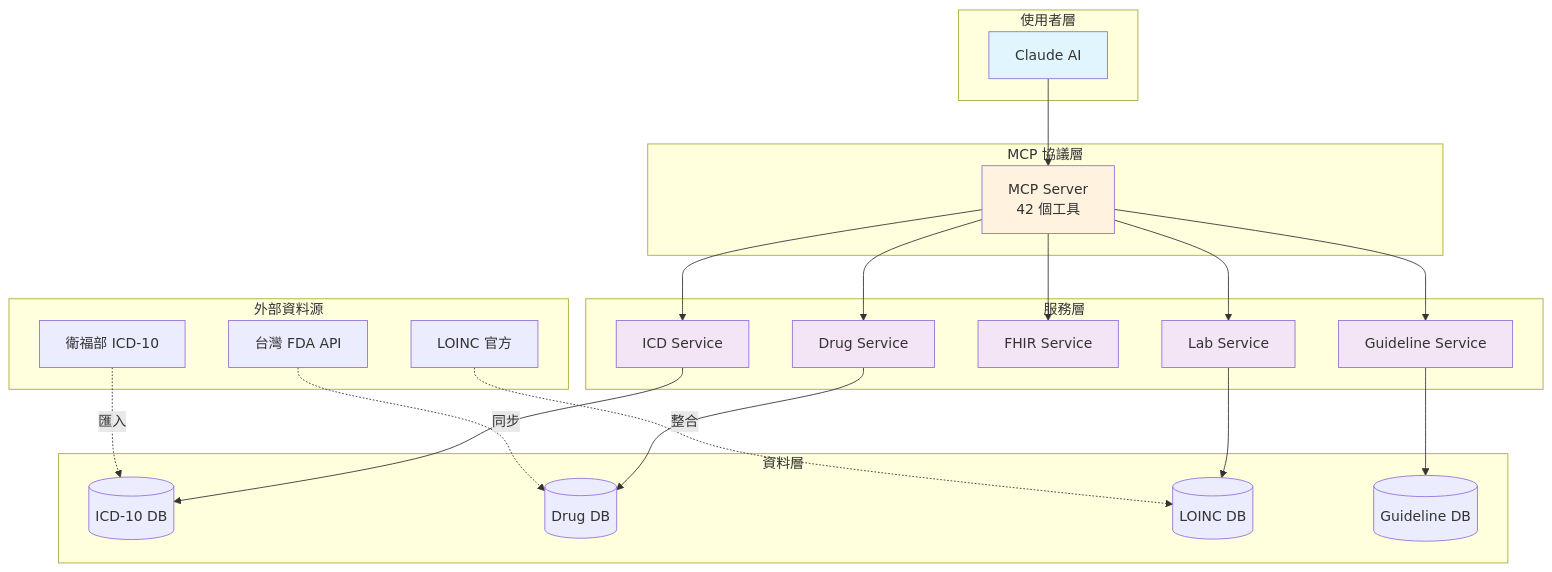
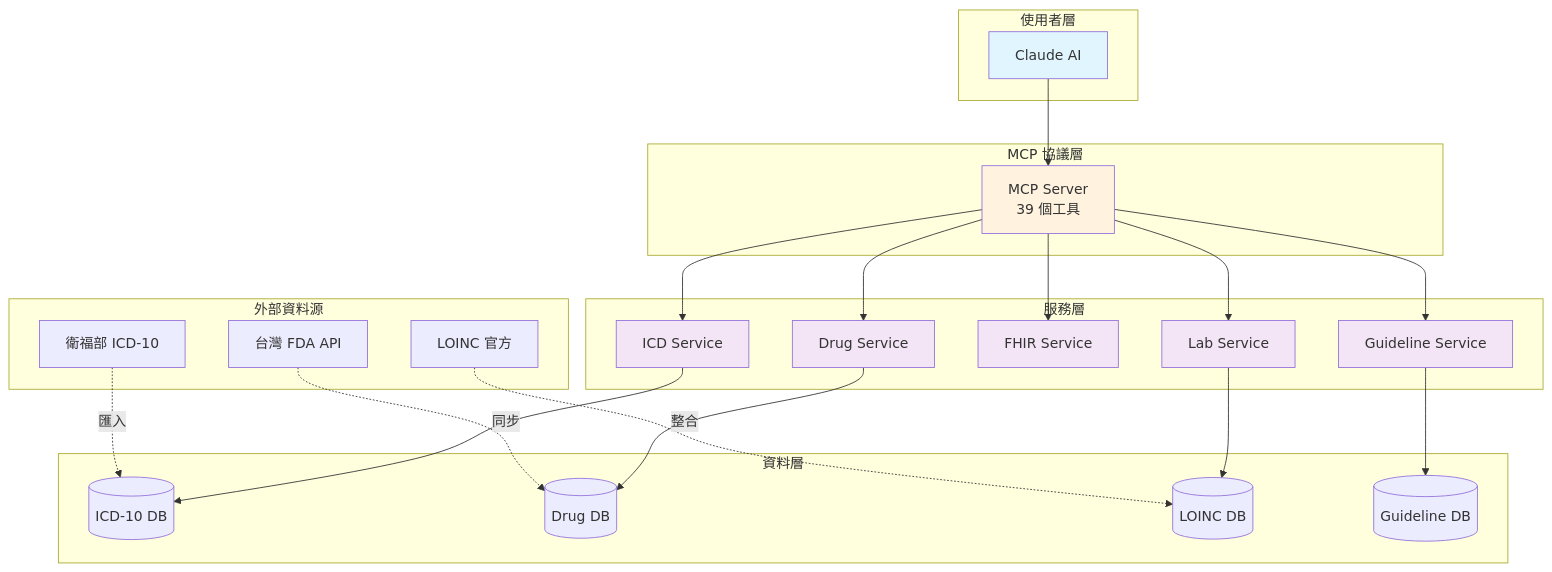
Before and after one commit to healthymind-tech/Taiwan-Health-MCP: the diagram in docs/index.md, drawn with Mermaid. The commit also changed other lines of this file and 15 other files, not shown here.

````diff
--- a/docs/index.md
+++ b/docs/index.md
@@ -109,55 +109,55 @@
 ```mermaid
 graph TB
     subgraph "使用者層"
         A[Claude AI]
     end
 
     subgraph "MCP 協議層"
-        B[MCP Server<br/>42 個工具]
+        B[MCP Server<br/>39 個工具]
     end
 
     subgraph "服務層"
         C1[ICD Service]
         C2[Drug Service]
         C3[FHIR Service]
         C4[Lab Service]
         C5[Guideline Service]
     end
 
     subgraph "資料層"
         D1[(ICD-10 DB)]
         D2[(Drug DB)]
         D3[(LOINC DB)]
         D4[(Guideline DB)]
     end
 
     subgraph "外部資料源"
         E1[台灣 FDA API]
         E2[LOINC 官方]
         E3[衛福部 ICD-10]
     end
 
     A --> B
     B --> C1
     B --> C2
     B --> C3
     B --> C4
     B --> C5
 
     C1 --> D1
     C2 --> D2
     C4 --> D3
     C5 --> D4
 
     E1 -.->|同步| D2
     E2 -.->|整合| D3
     E3 -.->|匯入| D1
 
     style A fill:#e1f5ff
     style B fill:#fff3e0
     style C1 fill:#f3e5f5
     style C2 fill:#f3e5f5
     style C3 fill:#f3e5f5
     style C4 fill:#f3e5f5
     style C5 fill:#f3e5f5
 ```
````
